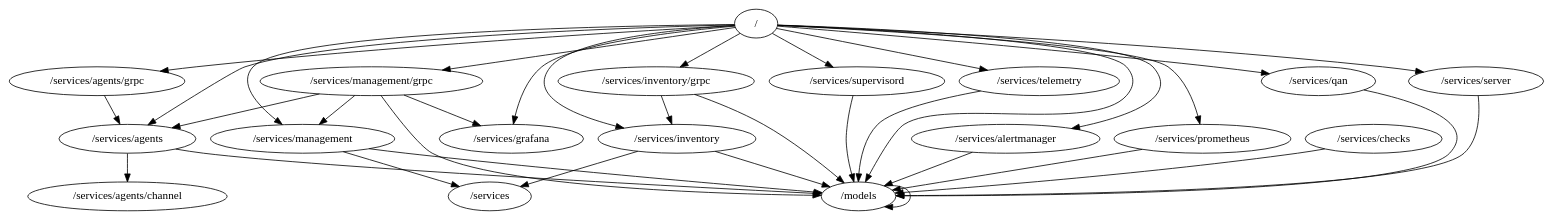
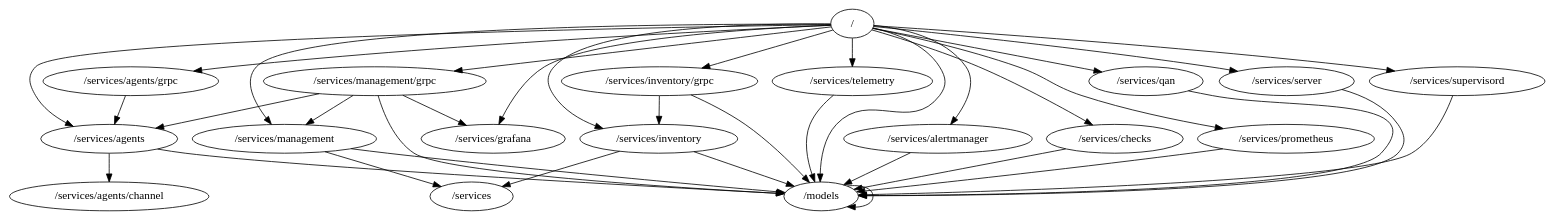
One commit to percona/pmm changed the diagram in packages.dot. Above: the diagram before and after it, drawn with Graphviz. The commit also changed 59 other files, not shown here.

```diff
--- a/packages.dot
+++ b/packages.dot
@@ -1,37 +1,38 @@
 digraph packages {
 	"/" -> "/models";
 	"/" -> "/services/agents";
 	"/" -> "/services/agents/grpc";
 	"/" -> "/services/alertmanager";
+	"/" -> "/services/checks";
 	"/" -> "/services/grafana";
 	"/" -> "/services/inventory";
 	"/" -> "/services/inventory/grpc";
 	"/" -> "/services/management";
 	"/" -> "/services/management/grpc";
 	"/" -> "/services/prometheus";
 	"/" -> "/services/qan";
 	"/" -> "/services/server";
 	"/" -> "/services/supervisord";
 	"/" -> "/services/telemetry";
 	"/models" -> "/models";
 	"/services/agents" -> "/models";
 	"/services/agents" -> "/services/agents/channel";
 	"/services/agents/grpc" -> "/services/agents";
 	"/services/alertmanager" -> "/models";
 	"/services/checks" -> "/models";
 	"/services/inventory" -> "/models";
 	"/services/inventory" -> "/services";
 	"/services/inventory/grpc" -> "/models";
 	"/services/inventory/grpc" -> "/services/inventory";
 	"/services/management" -> "/models";
 	"/services/management" -> "/services";
 	"/services/management/grpc" -> "/models";
 	"/services/management/grpc" -> "/services/agents";
 	"/services/management/grpc" -> "/services/grafana";
 	"/services/management/grpc" -> "/services/management";
 	"/services/prometheus" -> "/models";
 	"/services/qan" -> "/models";
 	"/services/server" -> "/models";
 	"/services/supervisord" -> "/models";
 	"/services/telemetry" -> "/models";
 }
```
